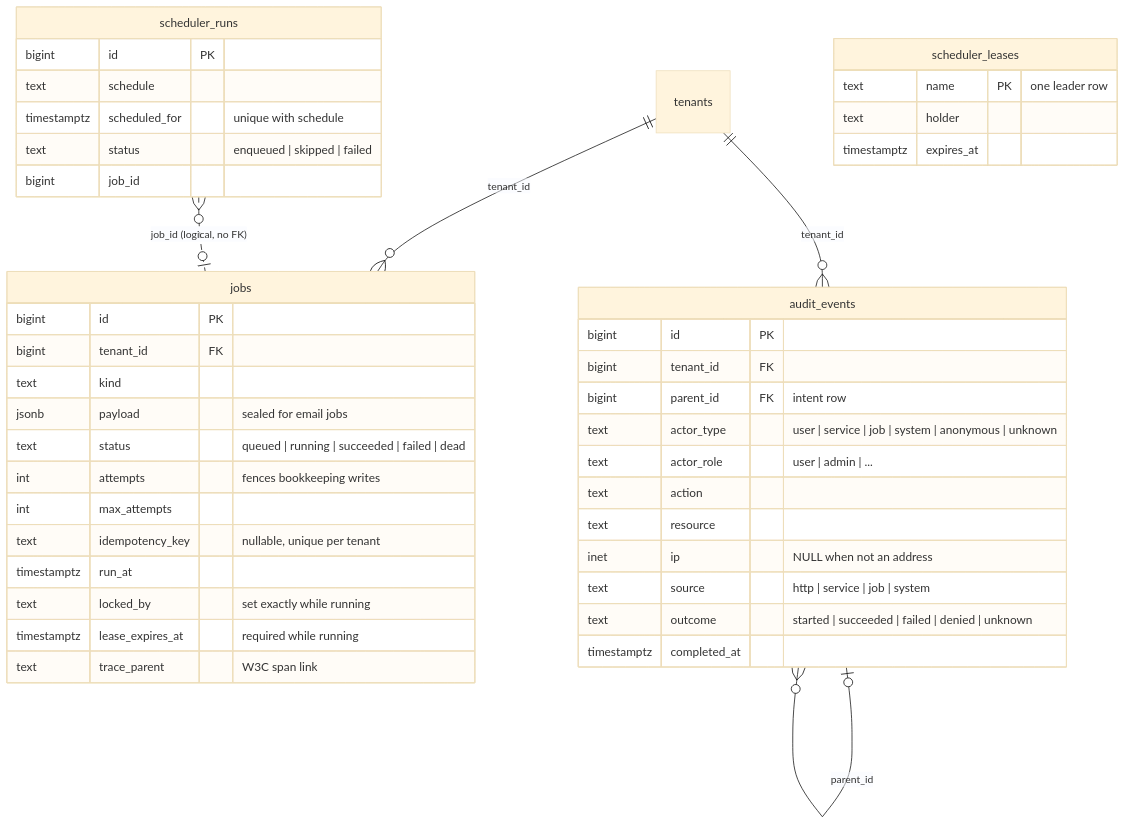
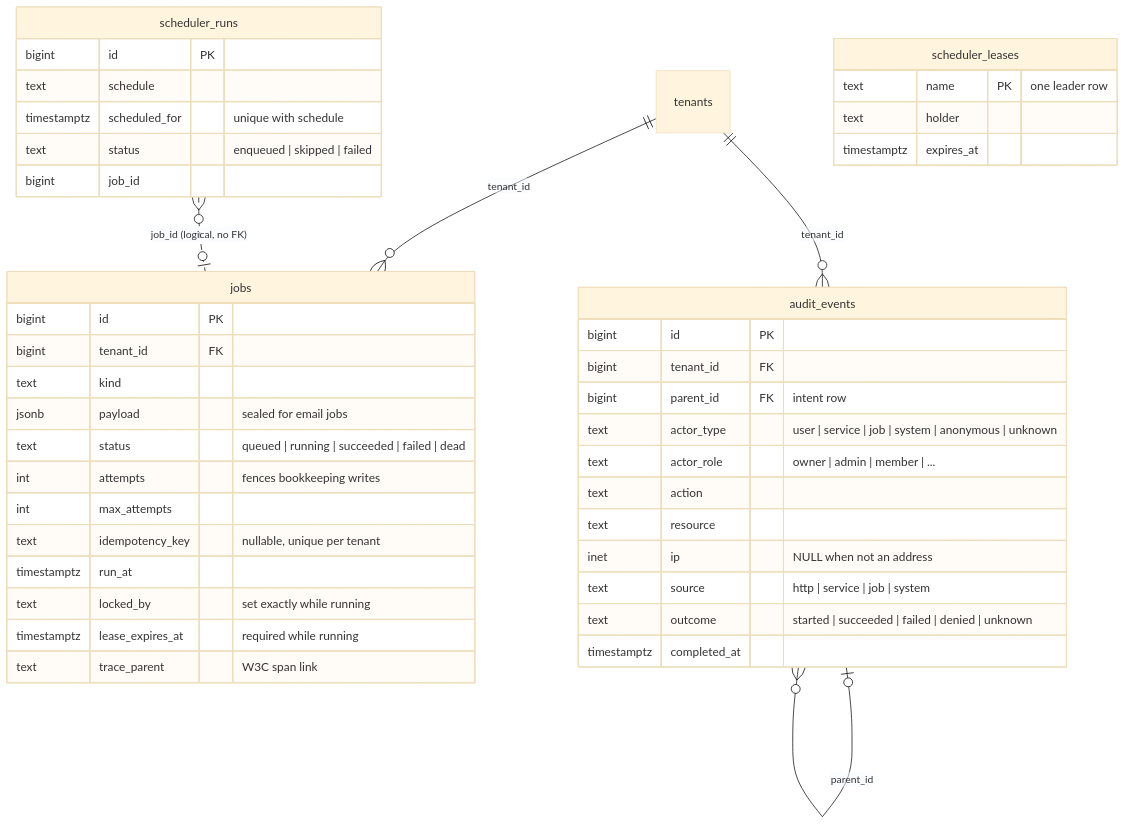
One commit to chuanghiduoc/fiber-golang-boilerplate changed the fourth of 4 diagrams in docs/data-model.md. Above: the diagram before and after it, drawn with Mermaid (base theme). The commit also changed other lines of this file and 118 other files, not shown here.

````diff
--- a/docs/data-model.md
+++ b/docs/data-model.md
@@ -427,47 +473,47 @@
 ```mermaid
 erDiagram
     tenants ||--o{ jobs : "tenant_id"
     tenants ||--o{ audit_events : "tenant_id"
     audit_events |o--o{ audit_events : "parent_id"
     scheduler_runs }o..o| jobs : "job_id (logical, no FK)"
 
     jobs {
         bigint id PK
         bigint tenant_id FK
         text kind
         jsonb payload "sealed for email jobs"
         text status "queued | running | succeeded | failed | dead"
         int attempts "fences bookkeeping writes"
         int max_attempts
         text idempotency_key "nullable, unique per tenant"
         timestamptz run_at
         text locked_by "set exactly while running"
         timestamptz lease_expires_at "required while running"
         text trace_parent "W3C span link"
     }
     audit_events {
         bigint id PK
         bigint tenant_id FK
         bigint parent_id FK "intent row"
         text actor_type "user | service | job | system | anonymous | unknown"
-        text actor_role "user | admin | ..."
+        text actor_role "owner | admin | member | ..."
         text action
         text resource
         inet ip "NULL when not an address"
         text source "http | service | job | system"
         text outcome "started | succeeded | failed | denied | unknown"
         timestamptz completed_at
     }
     scheduler_leases {
         text name PK "one leader row"
         text holder
         timestamptz expires_at
     }
     scheduler_runs {
         bigint id PK
         text schedule
         timestamptz scheduled_for "unique with schedule"
         text status "enqueued | skipped | failed"
         bigint job_id
     }
 ```
````
